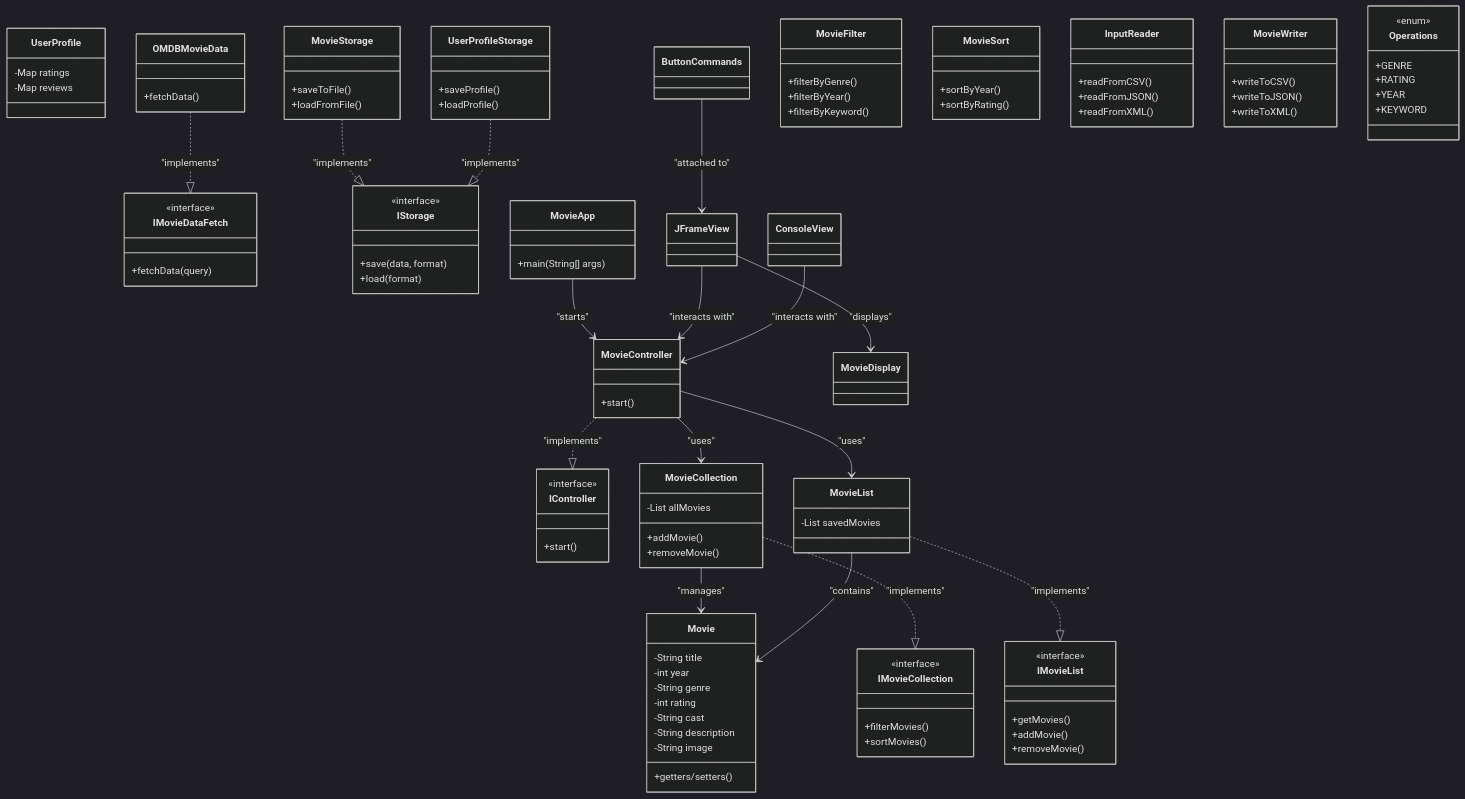
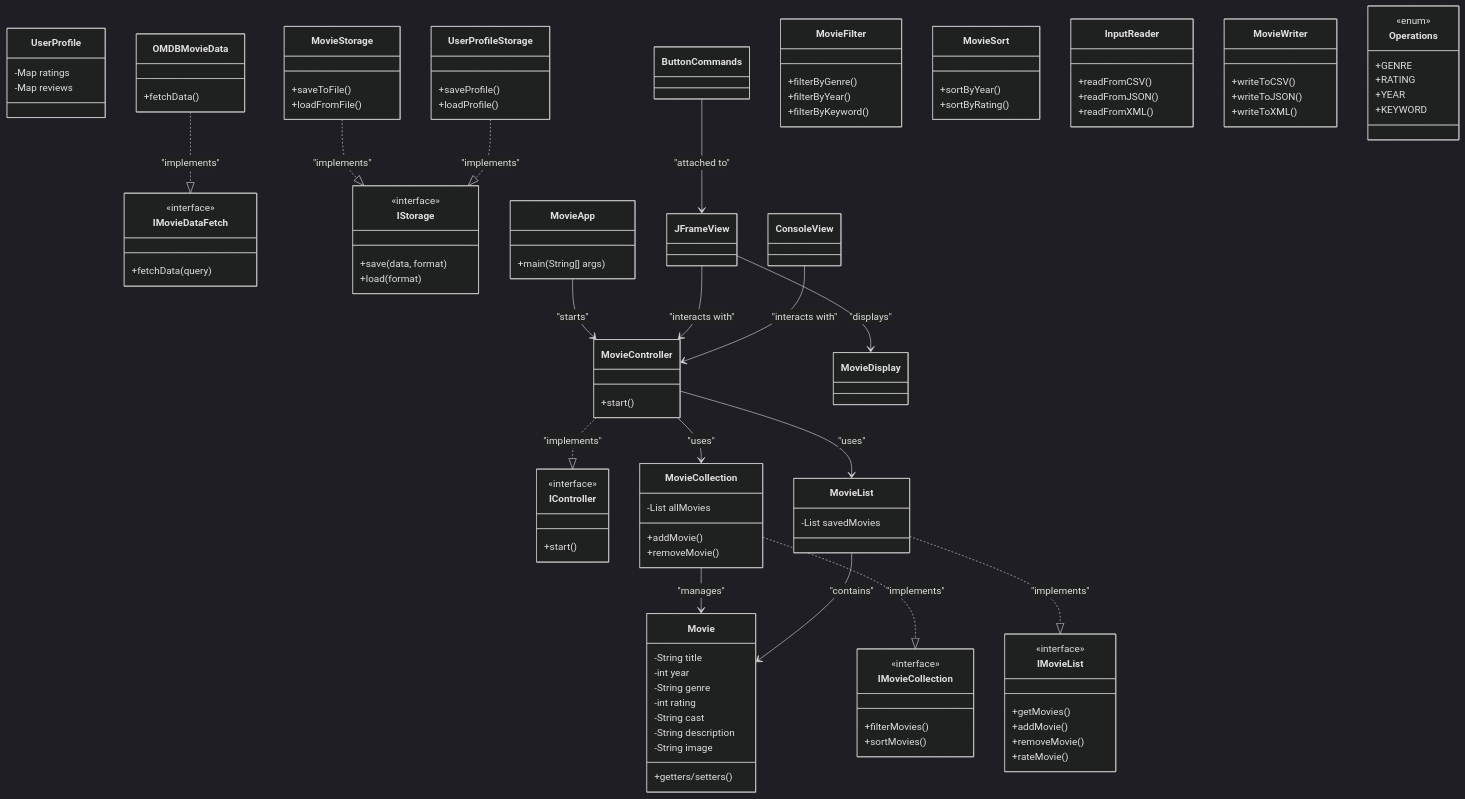
The diagram in Project Proposal.md (Sp25-CS5004-Online-Lionelle/final-project-group-5), drawn with Mermaid (dark theme) before and after one commit. The commit also changed other lines of this file, not shown here.

Commit message:
added one method to IMovieList in UML Chart and one minor typo. Left most of UML as is before we discuss more.

```diff
--- a/Project Proposal.md
+++ b/Project Proposal.md
@@ -146,6 +146,7 @@
   +getMovies()
   +addMovie()
   +removeMovie()
+  +rateMovie()
 }
 class IMovieDataFetch {
   <<interface>>
```
